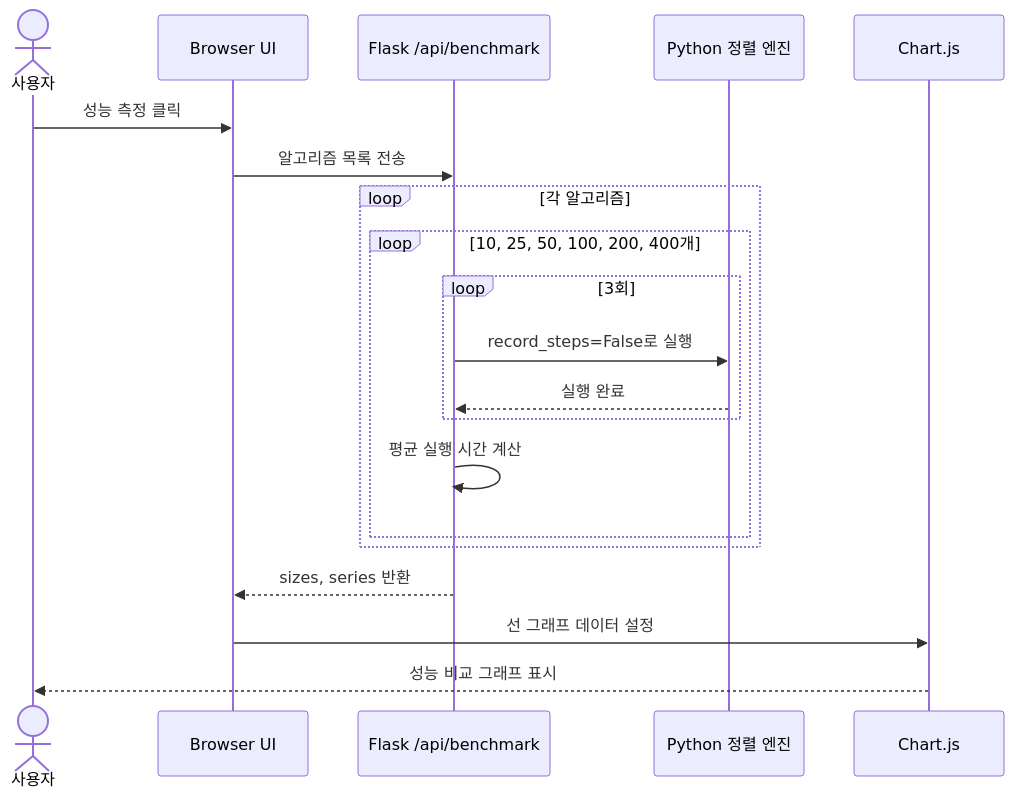
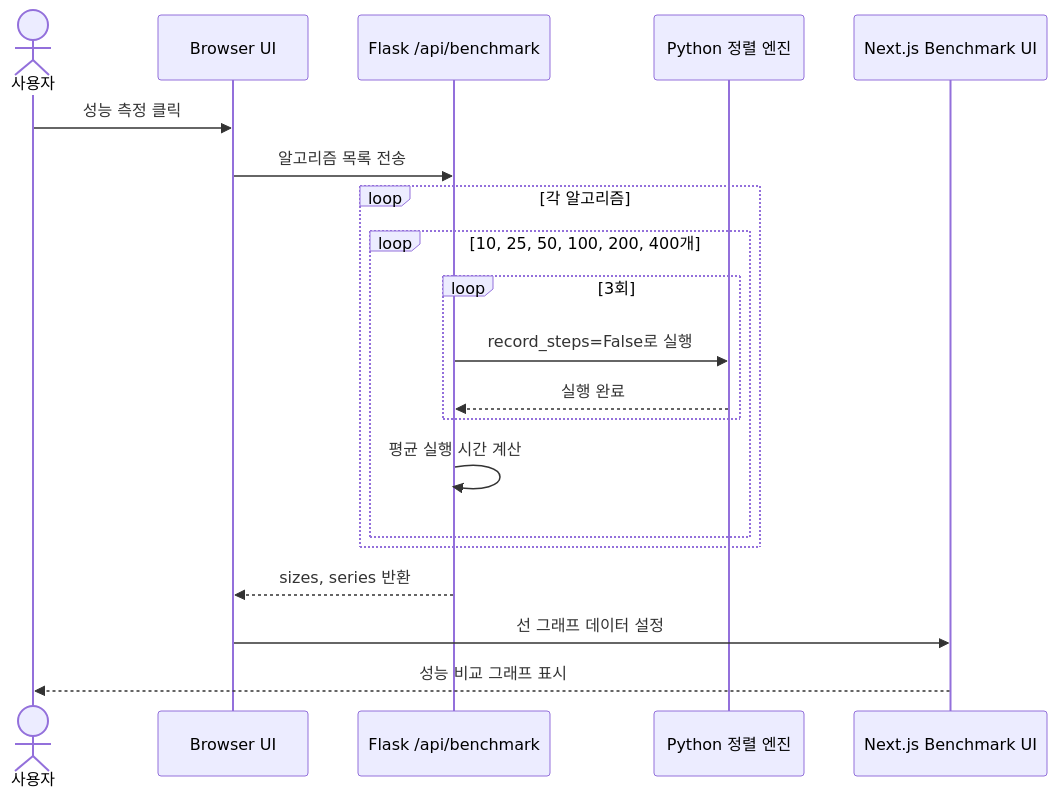
One commit to leejj1345/SortingAlgorithmVisualizer changed the fifth of 5 diagrams in docs/TECHNICAL_GUIDE.md. Above: the diagram before and after it, drawn with Mermaid. The commit also changed other lines of this file and 30 other files, not shown here.

````diff
--- a/docs/TECHNICAL_GUIDE.md
+++ b/docs/TECHNICAL_GUIDE.md
@@ -319,23 +319,23 @@
 ```mermaid
 sequenceDiagram
     actor User as 사용자
     participant UI as Browser UI
     participant API as Flask /api/benchmark
     participant Engine as Python 정렬 엔진
-    participant Chart as Chart.js
+    participant Chart as Next.js Benchmark UI
 
     User->>UI: 성능 측정 클릭
     UI->>API: 알고리즘 목록 전송
     loop 각 알고리즘
         loop 10, 25, 50, 100, 200, 400개
             loop 3회
                 API->>Engine: record_steps=False로 실행
                 Engine-->>API: 실행 완료
             end
             API->>API: 평균 실행 시간 계산
         end
     end
     API-->>UI: sizes, series 반환
     UI->>Chart: 선 그래프 데이터 설정
     Chart-->>User: 성능 비교 그래프 표시
 ```
````
